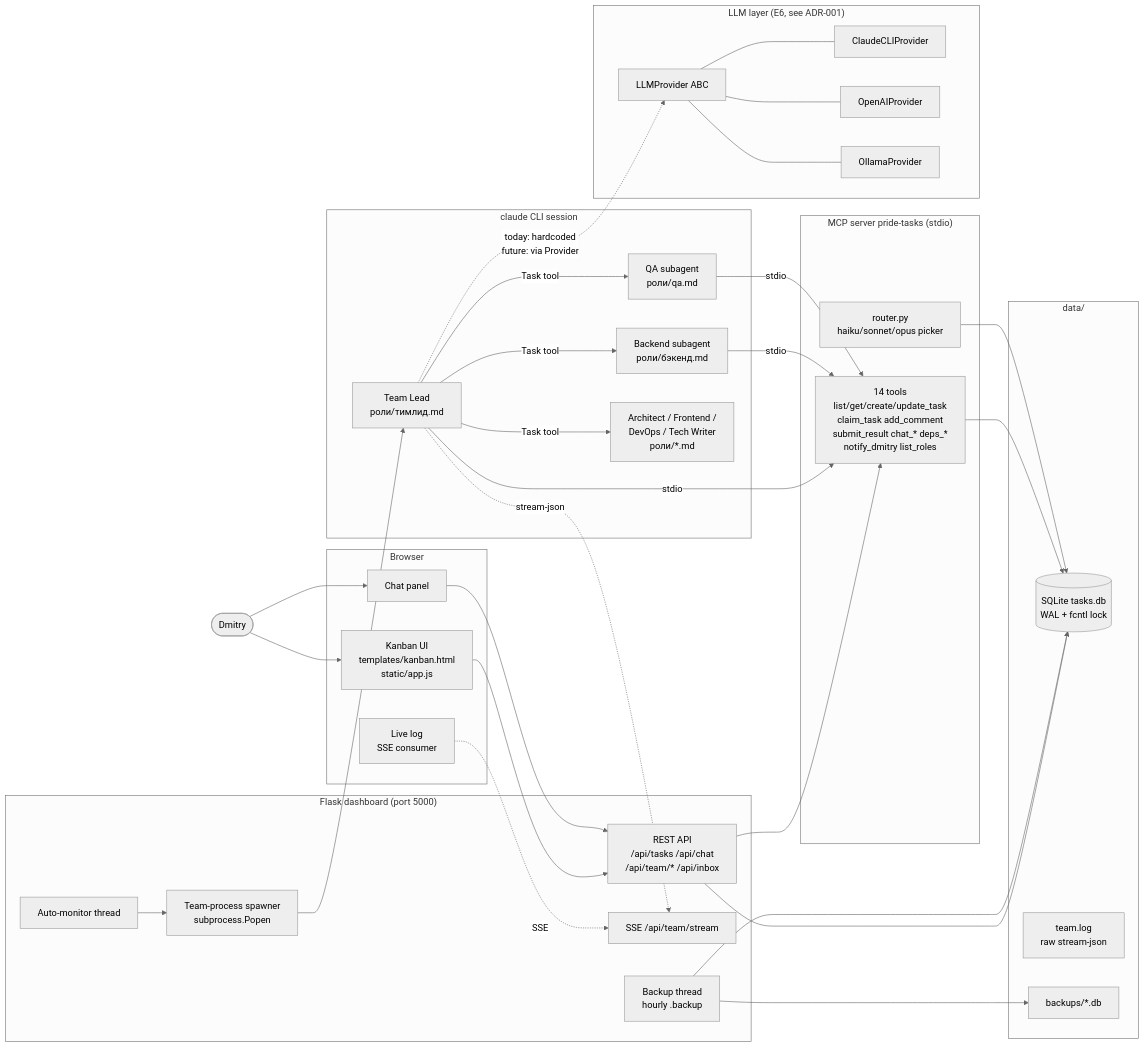
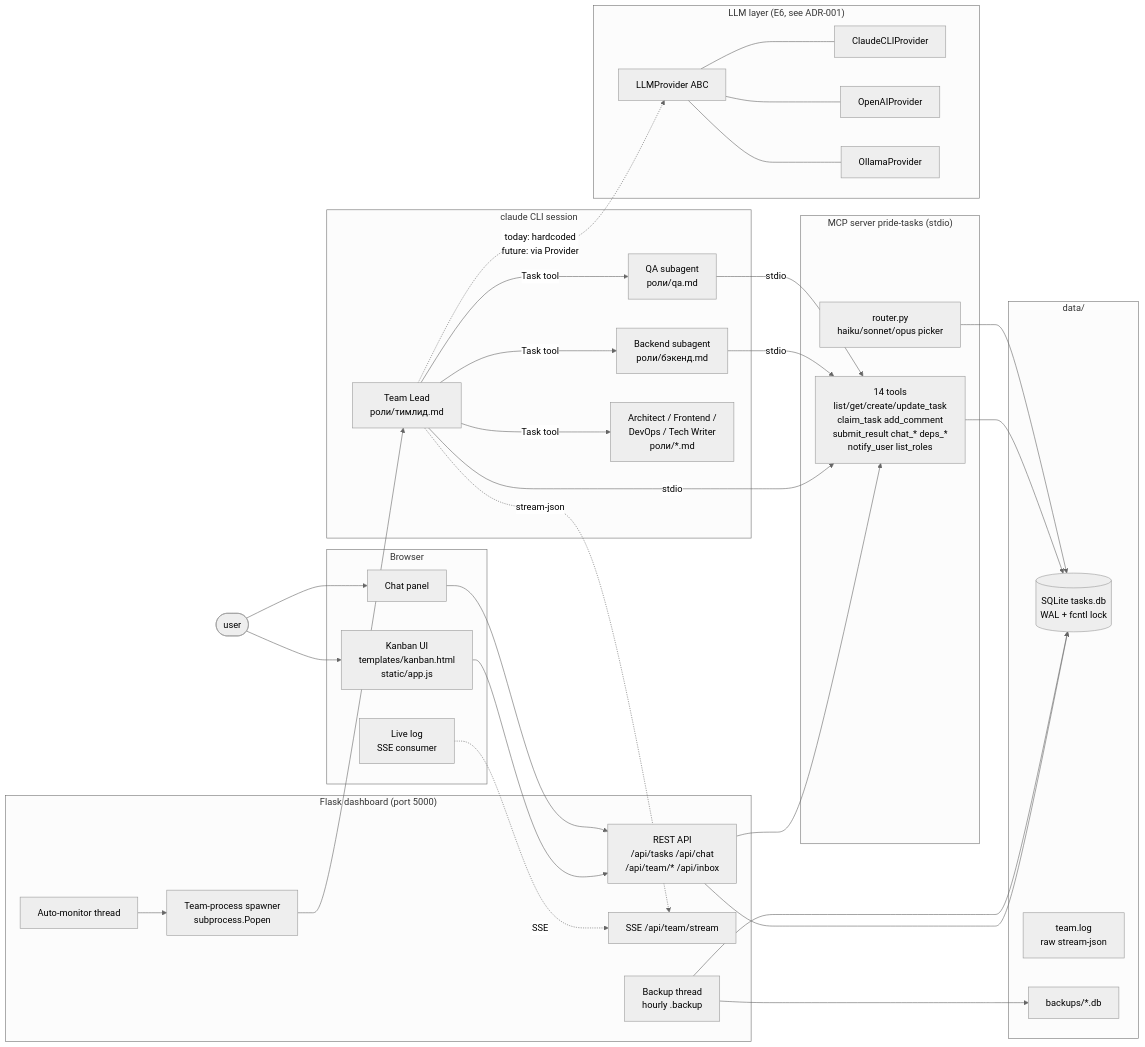
The first of 4 diagrams in ARCHITECTURE.md (rdm9x/devboard), drawn with Mermaid (neutral theme) before and after one commit. The commit also changed other lines of this file and 33 other files, not shown here.

````diff
--- a/ARCHITECTURE.md
+++ b/ARCHITECTURE.md
@@ -51,68 +51,68 @@
 ```mermaid
 graph LR
-    User([Dmitry])
+    User([user])
 
     subgraph Browser
         Kanban[Kanban UI<br/>templates/kanban.html<br/>static/app.js]
         Chat[Chat panel]
         LiveLog[Live log<br/>SSE consumer]
     end
 
     subgraph Flask["Flask dashboard (port 5000)"]
         REST["REST API<br/>/api/tasks /api/chat<br/>/api/team/* /api/inbox"]
         SSE["SSE /api/team/stream"]
         Spawner[Team-process spawner<br/>subprocess.Popen]
         AutoMon[Auto-monitor thread]
         Backup[Backup thread<br/>hourly .backup]
     end
 
     subgraph Storage["data/"]
         DB[(SQLite tasks.db<br/>WAL + fcntl lock)]
         Log[team.log<br/>raw stream-json]
         Backups[backups/*.db]
     end
 
     subgraph Agents["claude CLI session"]
         Lead[Team Lead<br/>роли/тимлид.md]
         SubBE[Backend subagent<br/>роли/бэкенд.md]
         SubQA[QA subagent<br/>роли/qa.md]
         SubOpt[Architect / Frontend /<br/>DevOps / Tech Writer<br/>роли/*.md]
     end
 
     subgraph MCP["MCP server pride-tasks (stdio)"]
-        Tools[14 tools<br/>list/get/create/update_task<br/>claim_task add_comment<br/>submit_result chat_* deps_*<br/>notify_dmitry list_roles]
+        Tools[14 tools<br/>list/get/create/update_task<br/>claim_task add_comment<br/>submit_result chat_* deps_*<br/>notify_user list_roles]
         Router[router.py<br/>haiku/sonnet/opus picker]
     end
 
     subgraph LLM["LLM layer (E6, see ADR-001)"]
         Provider[LLMProvider ABC]
         Claude[ClaudeCLIProvider]
         OpenAI[OpenAIProvider]
         Ollama[OllamaProvider]
     end
 
     User --> Kanban
     User --> Chat
     Kanban --> REST
     Chat --> REST
     LiveLog -.SSE.-> SSE
     REST --> Tools
     REST --> DB
     Spawner --> Lead
     AutoMon --> Spawner
     Backup --> Backups
     Backup --> DB
     Lead -- "Task tool" --> SubBE
     Lead -- "Task tool" --> SubQA
     Lead -- "Task tool" --> SubOpt
     Lead -- "stdio" --> Tools
     SubBE -- "stdio" --> Tools
     SubQA -- "stdio" --> Tools
     Tools --> DB
     Router --> DB
     Lead -.stream-json.-> SSE
     Provider --- Claude
     Provider --- OpenAI
     Provider --- Ollama
     Lead -. "today: hardcoded<br/>future: via Provider" .-> Provider
 ```
````
